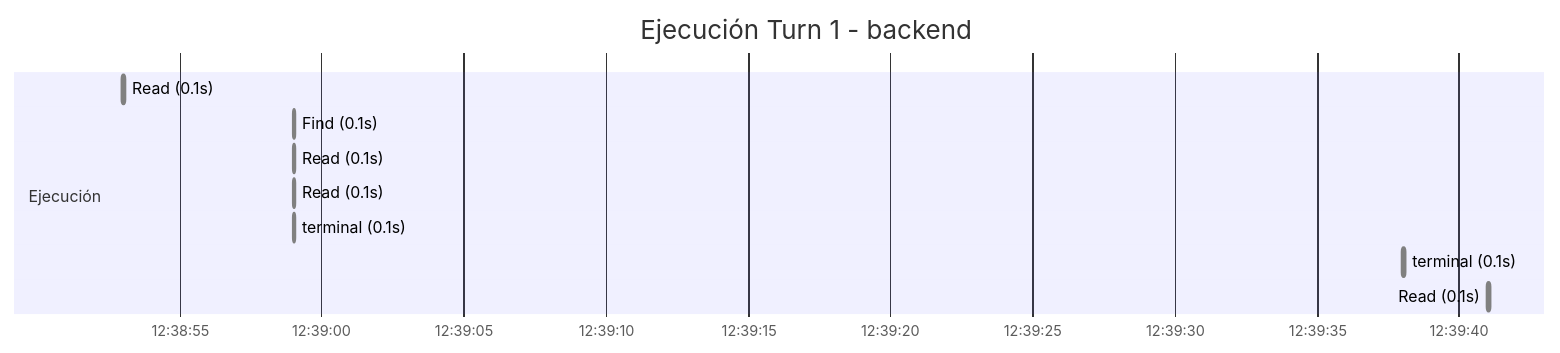
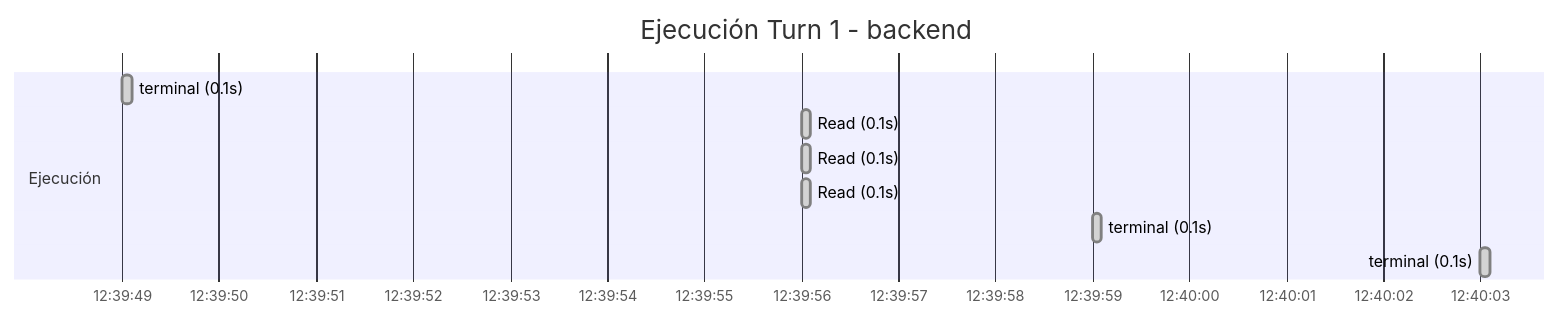
Before and after one commit to luisdalmasso/orquestador-contamela: the diagram in .ponytail/traces/2026-07-09_auto_recovered_8d3fefc48266/backend_8d3fefc48266.md, drawn with Mermaid. The commit also changed other lines of this file, not shown here.

````diff
--- a/.ponytail/traces/2026-07-09_auto_recovered_8d3fefc48266/backend_8d3fefc48266.md
+++ b/.ponytail/traces/2026-07-09_auto_recovered_8d3fefc48266/backend_8d3fefc48266.md
@@ -152,15 +130,14 @@
 ```mermaid
 gantt
     title Ejecución Turn 1 - backend
     dateFormat  HH:mm:ss
     axisFormat  %H:%M:%S
 
     section Ejecución
-    Read (0.1s)  :done, 12:38:53, 0.1s
-    Find (0.1s)  :done, 12:38:59, 0.1s
-    Read (0.1s)  :done, 12:38:59, 0.1s
-    Read (0.1s)  :done, 12:38:59, 0.1s
-    terminal (0.1s)  :done, 12:38:59, 0.1s
-    terminal (0.1s)  :done, 12:39:38, 0.1s
-    Read (0.1s)  :done, 12:39:41, 0.1s
+    terminal (0.1s)  :done, 12:39:49, 0.1s
+    Read (0.1s)  :done, 12:39:56, 0.1s
+    Read (0.1s)  :done, 12:39:56, 0.1s
+    Read (0.1s)  :done, 12:39:56, 0.1s
+    terminal (0.1s)  :done, 12:39:59, 0.1s
+    terminal (0.1s)  :done, 12:40:03, 0.1s
 ```
````
